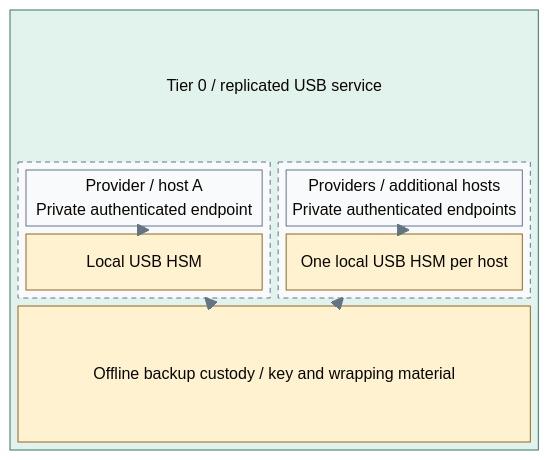
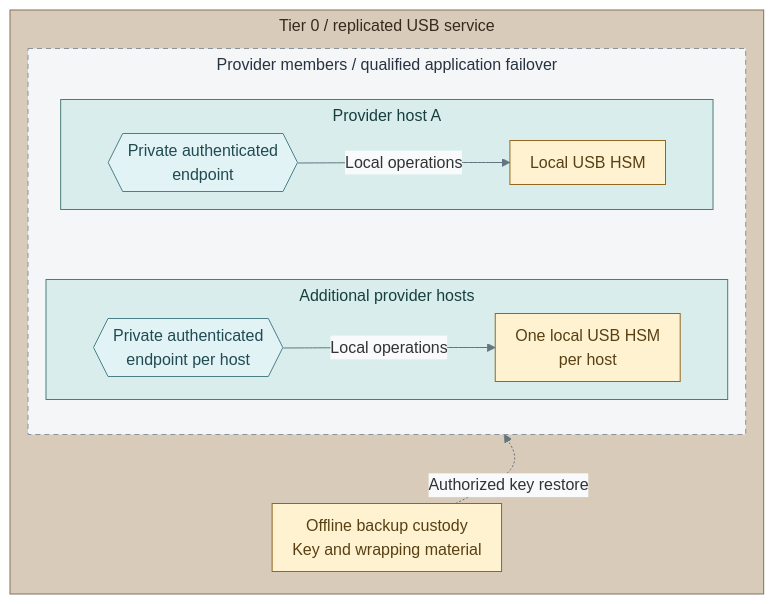
Before and after one commit to Rexus/homelab: the third of 4 diagrams in docs/01-architecture/08-cryptography/03-hsm-selection.md, drawn with Mermaid. The commit also changed other lines of this file and 108 other files, not shown here.

Commit message:
docs(diagrams): unify visual language and opening views

````diff
--- a/docs/01-architecture/08-cryptography/03-hsm-selection.md
+++ b/docs/01-architecture/08-cryptography/03-hsm-selection.md
@@ -97,33 +103,37 @@
 ```mermaid
-%%{init: {"theme":"base","flowchart":{"nodeSpacing":20,"rankSpacing":24,"padding":12,"subGraphTitleMargin":{"top":4,"bottom":12}},"themeVariables":{"lineColor":"#627581","edgeLabelBackground":"#f8fafc"}}}%%
-block-beta
-  columns 1
-  block:T0
-    columns 2
-    T0Title["Tier 0 / replicated USB service"]:2
-    block:HostA
-      columns 1
-      GatewayA["Provider / host A<br/>Private authenticated endpoint"]
-      TokenA["Local USB HSM"]
+%%{init: {"theme":"base","flowchart":{"nodeSpacing":16,"rankSpacing":20,"padding":10,"subGraphTitleMargin":{"top":4,"bottom":12}},"themeVariables":{"lineColor":"#627581","edgeLabelBackground":"#f8fafc"}}}%%
+flowchart TB
+  subgraph T0["Tier 0 / replicated USB service"]
+    direction TB
+    subgraph Providers["Provider members / qualified application failover"]
+      direction TB
+      subgraph HostA["Provider host A"]
+        direction LR
+        GatewayA{{"Private authenticated<br/>endpoint"}}
+        TokenA["Local USB HSM"]
+        GatewayA -->|Local operations| TokenA
+      end
+      subgraph HostB["Additional provider hosts"]
+        direction LR
+        GatewayB{{"Private authenticated<br/>endpoint per host"}}
+        TokenB["One local USB HSM<br/>per host"]
+        GatewayB -->|Local operations| TokenB
+      end
+      HostA ~~~ HostB
     end
-    block:HostB
-      columns 1
-      GatewayB["Providers / additional hosts<br/>Private authenticated endpoints"]
-      TokenB["One local USB HSM per host"]
-    end
-    Recovery["Offline backup custody / key and wrapping material"]:2
+    Recovery["Offline backup custody<br/>Key and wrapping material"]
+    Providers ~~~ Recovery
+    Recovery -. Authorized key restore .-> Providers
   end
-  GatewayA --> TokenA
-  GatewayB --> TokenB
-  Recovery -.-> HostA
-  Recovery -.-> HostB
   classDef default fill:#f8fafc,stroke:#64748b,color:#1f2937
-  classDef control fill:#e2f3ed,stroke:#397366,color:#173f36
-  classDef controlHeading fill:#e2f3ed,stroke:#e2f3ed,color:#173f36
-  classDef replicas fill:#f8fafc,stroke:#64748b,color:#1f2937,stroke-dasharray:5 4
+  classDef tier0 fill:#d8cbb9,stroke:#83715a,color:#352a1e
+  classDef runtime fill:#d9eeec,stroke:#4d7b77,color:#173f3e
+  classDef replicas fill:#f5f6f7,stroke:#89939e,color:#273340,stroke-dasharray:5 4
+  classDef traffic fill:#e1f3f5,stroke:#4c7f88,color:#214a52
   classDef custody fill:#fff2d1,stroke:#926820,color:#584013
-  class T0 control
-  class T0Title controlHeading
-  class HostA,HostB replicas
+  class T0 tier0
+  class Providers replicas
+  class HostA,HostB runtime
+  class GatewayA,GatewayB traffic
   class TokenA,TokenB,Recovery custody
 ```
````
